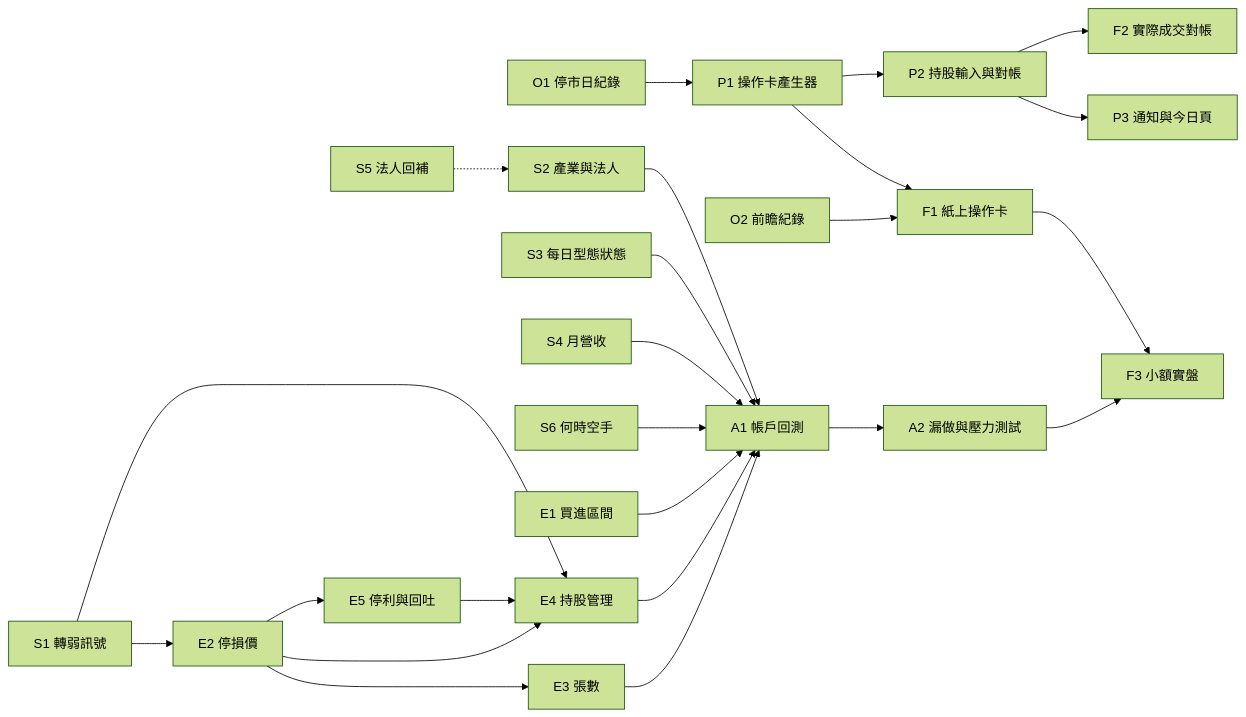
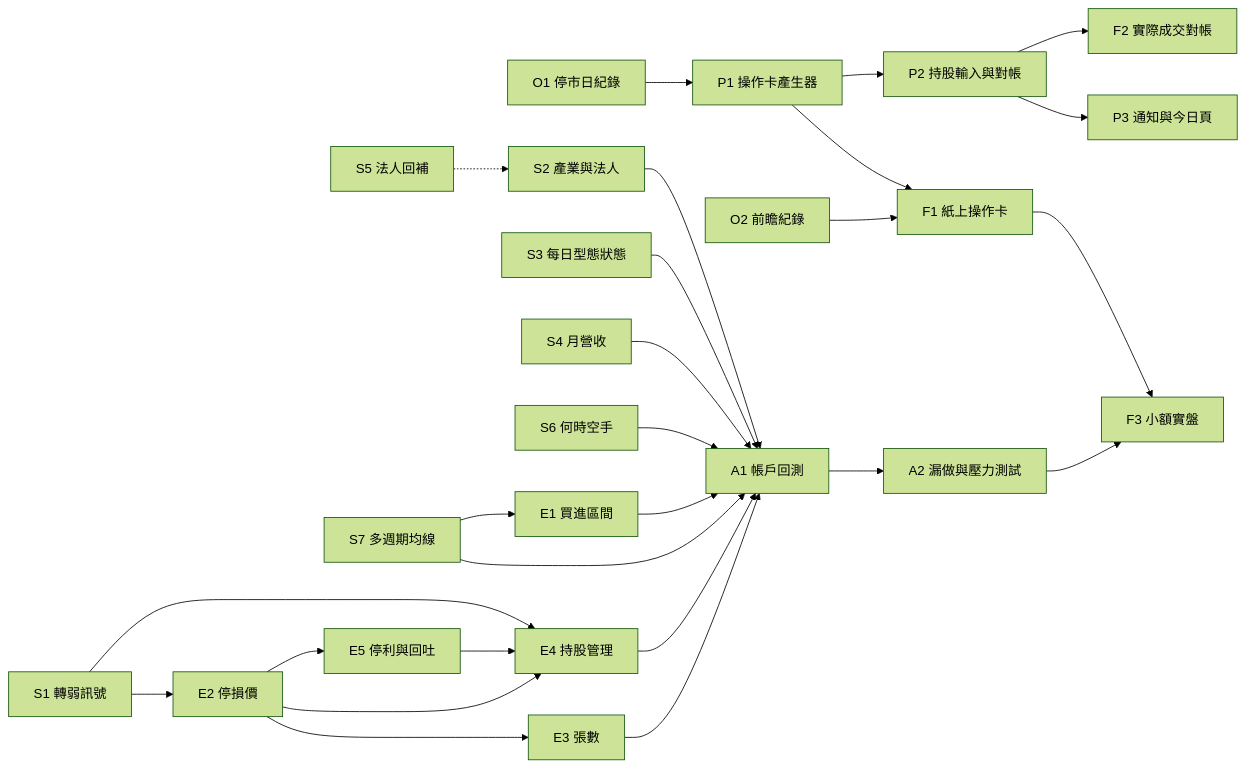
Before and after one commit to TaiwanCCyoyo/stock-research: the diagram in docs/en/research-roadmap.md, drawn with Mermaid (forest theme). The commit also changed other lines of this file, not shown here.

````diff
--- a/docs/en/research-roadmap.md
+++ b/docs/en/research-roadmap.md
@@ -93,26 +94,28 @@
 ```mermaid
 flowchart LR
   O1[O1 停市日紀錄] --> P1
   O2[O2 前瞻紀錄] --> F1
   S1[S1 轉弱訊號] --> E2
   S2[S2 產業與法人] --> A1
   S3[S3 每日型態狀態] --> A1
   S4[S4 月營收] --> A1
   S5[S5 法人回補] -.-> S2
   S6[S6 何時空手] --> A1
+  S7[S7 多週期均線] --> A1
+  S7 --> E1
   E1[E1 買進區間] --> A1
   E2[E2 停損價] --> E3[E3 張數]
   E3 --> A1
   S1 --> E4[E4 持股管理]
   E2 --> E4
   E2 --> E5[E5 停利與回吐]
   E5 --> E4
   E4 --> A1
   A1[A1 帳戶回測] --> A2[A2 漏做與壓力測試]
   P1[P1 操作卡產生器] --> F1[F1 紙上操作卡]
   A2 --> F3[F3 小額實盤]
   F1 --> F3
   P1 --> P2[P2 持股輸入與對帳]
   P2 --> P3[P3 通知與今日頁]
   P2 --> F2[F2 實際成交對帳]
 ```
````
